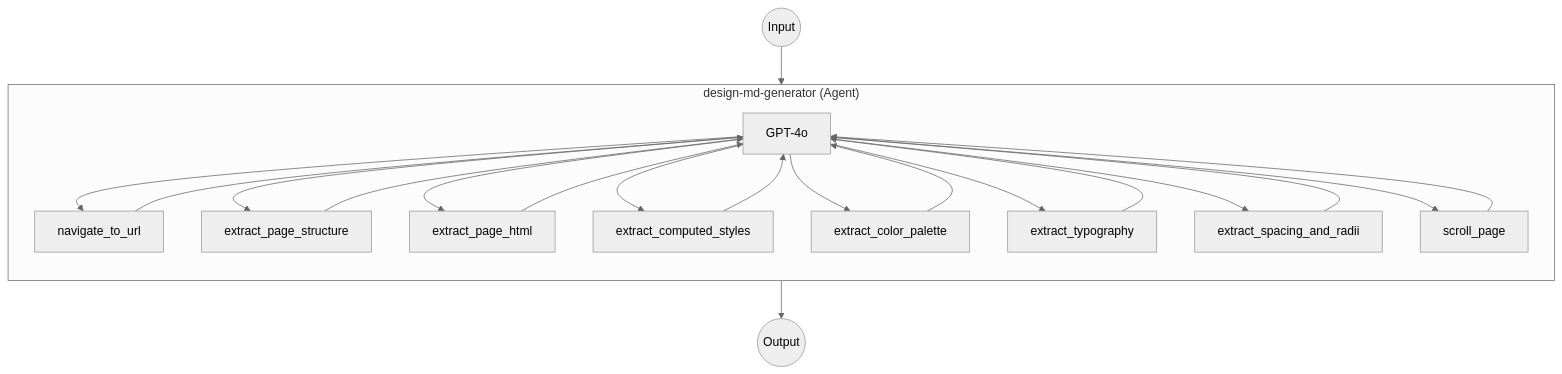
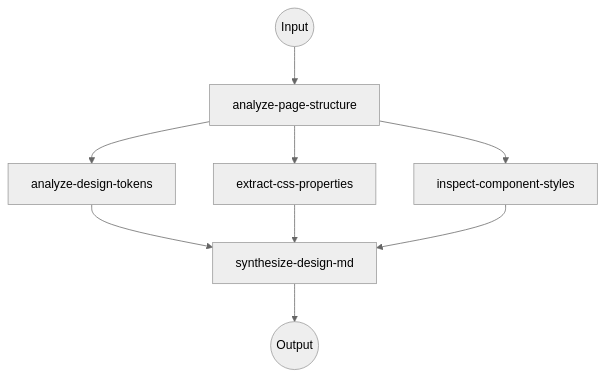
Before and after one commit to hanyeol/model-compose: the diagram in examples/agents/design-md-generator/README.md, drawn with Mermaid (neutral theme). The commit also changed other lines of this file and 2 other files, not shown here.

Commit message:
Update README.md for design-md-generator example

````diff
--- a/examples/agents/design-md-generator/README.md
+++ b/examples/agents/design-md-generator/README.md
@@ -89,22 +93,9 @@
 ```mermaid
 graph TD
-    Input((Input)) --> Agent
-
-    subgraph Agent["design-md-generator (Agent)"]
-        direction TB
-        LLM[GPT-4o]
-        T1[navigate_to_url]
-        T2[extract_page_structure]
-        T3[extract_page_html]
-        T4[extract_computed_styles]
-        T5[extract_color_palette]
-        T6[extract_typography]
-        T7[extract_spacing_and_radii]
-        T8[scroll_page]
-
-        LLM --> T1 & T2 & T3 & T4 & T5 & T6 & T7 & T8
-        T1 & T2 & T3 & T4 & T5 & T6 & T7 & T8 --> LLM
-    end
-
-    Agent --> Output((Output))
+    Input((Input)) --> S1[analyze-page-structure]
+    S1 --> S2[analyze-design-tokens]
+    S1 --> S3[extract-css-properties]
+    S1 --> S4[inspect-component-styles]
+    S2 & S3 & S4 --> S5[synthesize-design-md]
+    S5 --> Output((Output))
 ```
````
